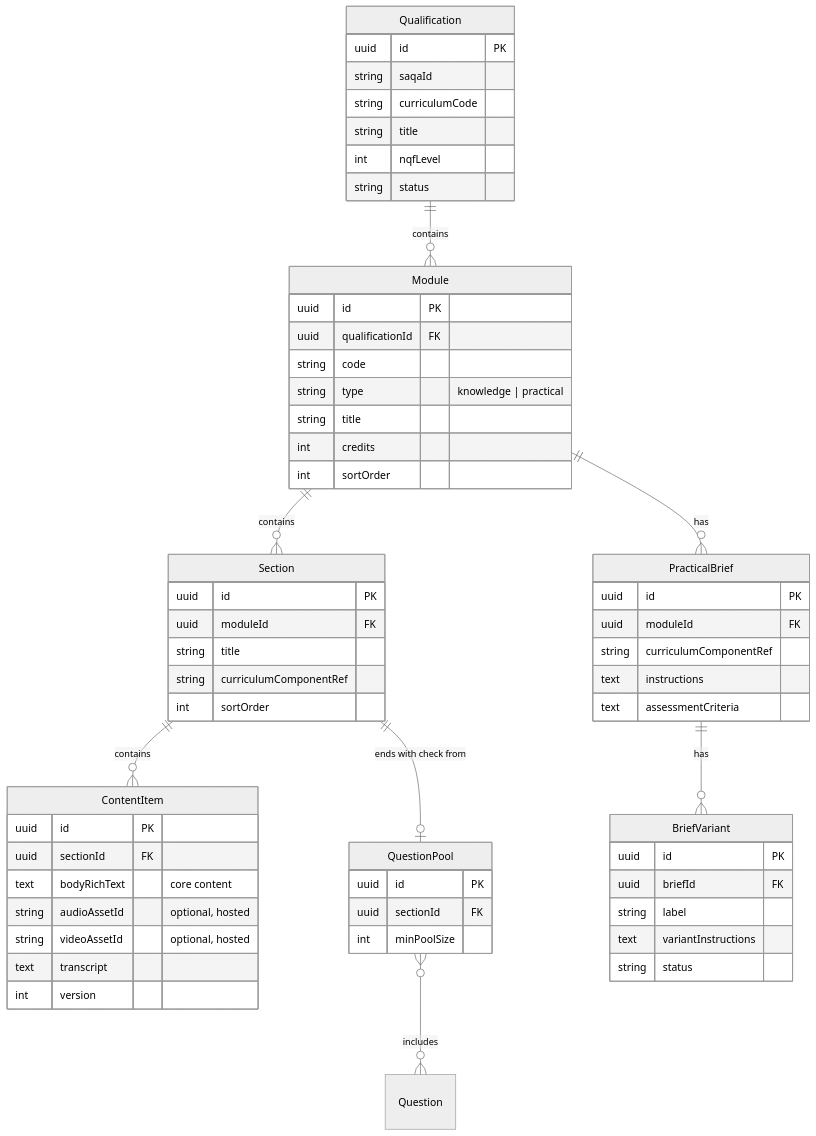
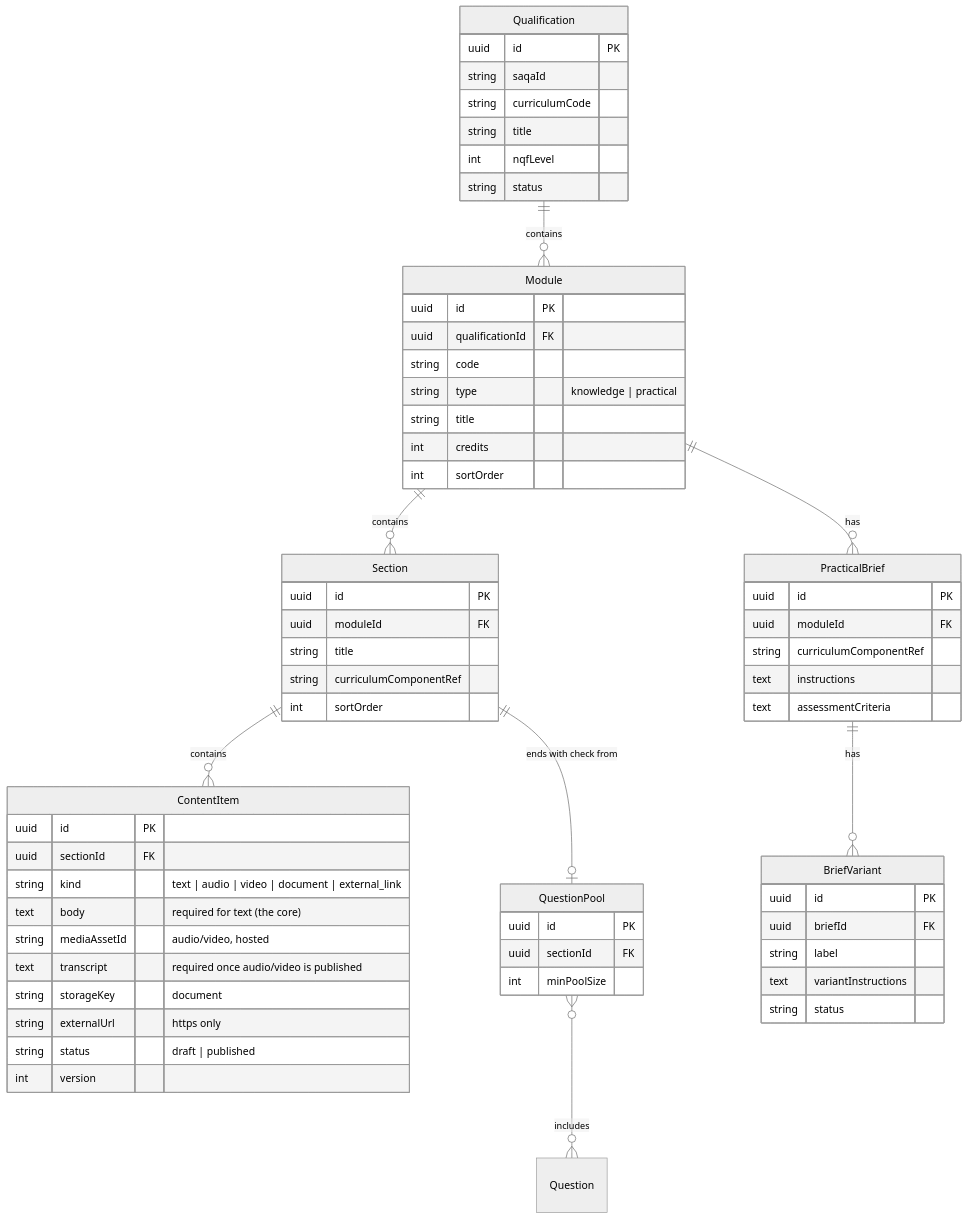
The first of 3 diagrams in docs/lms/domain-model.md (grantmx/grithub), drawn with Mermaid (neutral theme) before and after one commit. The commit also changed 41 other files, not shown here.

````diff
--- a/docs/lms/domain-model.md
+++ b/docs/lms/domain-model.md
@@ -7,63 +7,66 @@
 ```mermaid
 erDiagram
     Qualification ||--o{ Module : contains
     Module ||--o{ Section : contains
     Section ||--o{ ContentItem : contains
     Section ||--o| QuestionPool : "ends with check from"
     QuestionPool }o--o{ Question : includes
     Module ||--o{ PracticalBrief : has
     PracticalBrief ||--o{ BriefVariant : has
 
     Qualification {
         uuid id PK
         string saqaId
         string curriculumCode
         string title
         int nqfLevel
         string status
     }
     Module {
         uuid id PK
         uuid qualificationId FK
         string code
         string type "knowledge | practical"
         string title
         int credits
         int sortOrder
     }
     Section {
         uuid id PK
         uuid moduleId FK
         string title
         string curriculumComponentRef
         int sortOrder
     }
     ContentItem {
         uuid id PK
         uuid sectionId FK
-        text bodyRichText "core content"
-        string audioAssetId "optional, hosted"
-        string videoAssetId "optional, hosted"
-        text transcript
+        string kind "text | audio | video | document | external_link"
+        text body "required for text (the core)"
+        string mediaAssetId "audio/video, hosted"
+        text transcript "required once audio/video is published"
+        string storageKey "document"
+        string externalUrl "https only"
+        string status "draft | published"
         int version
     }
     QuestionPool {
         uuid id PK
         uuid sectionId FK
         int minPoolSize
     }
     PracticalBrief {
         uuid id PK
         uuid moduleId FK
         string curriculumComponentRef
         text instructions
         text assessmentCriteria
     }
     BriefVariant {
         uuid id PK
         uuid briefId FK
         string label
         text variantInstructions
         string status
     }
 ```
````
